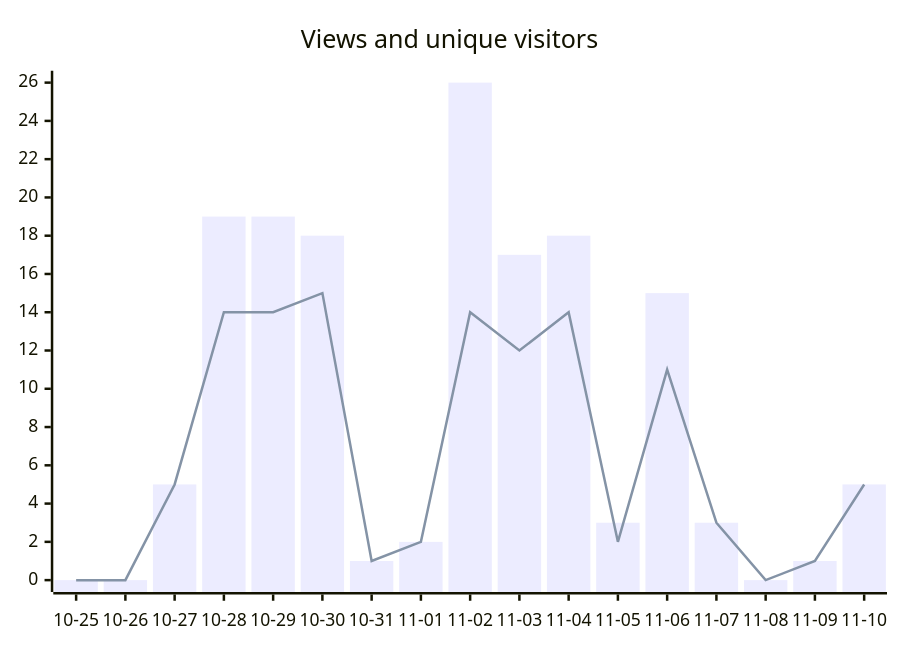
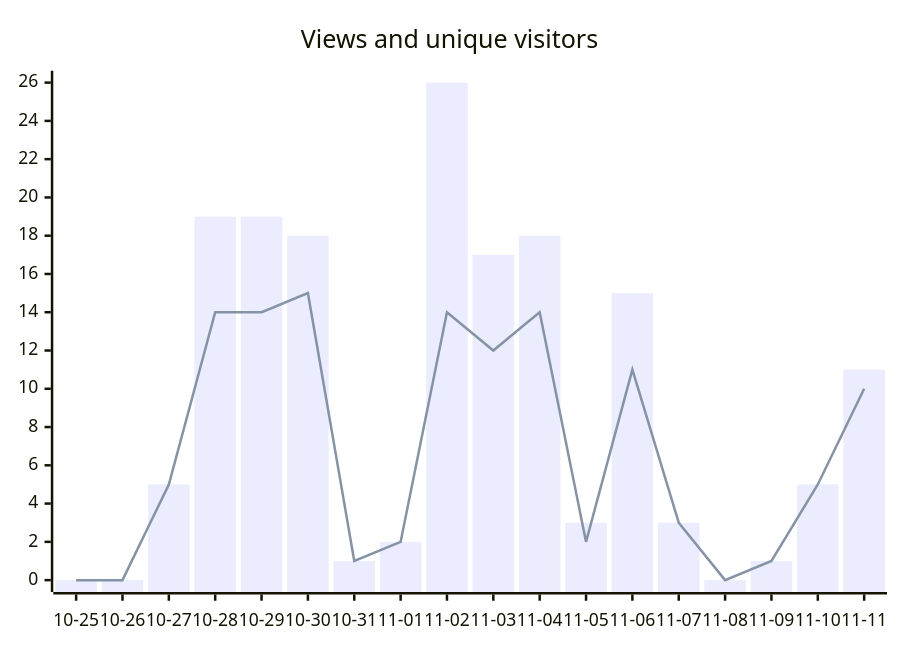
Before and after one commit to fmadore/Kalamu: the second of 2 diagrams in README.md, drawn with Mermaid. The commit also changed other lines of this file and 3 other files, not shown here.

````diff
--- a/README.md
+++ b/README.md
@@ -66,7 +66,7 @@
 ```mermaid
 xychart-beta
     title "Views and unique visitors"
-    x-axis ["10-25", "10-26", "10-27", "10-28", "10-29", "10-30", "10-31", "11-01", "11-02", "11-03", "11-04", "11-05", "11-06", "11-07", "11-08", "11-09", "11-10"]
-    bar [0, 0, 5, 19, 19, 18, 1, 2, 26, 17, 18, 3, 15, 3, 0, 1, 5]
-    line [0, 0, 5, 14, 14, 15, 1, 2, 14, 12, 14, 2, 11, 3, 0, 1, 5]
+    x-axis ["10-25", "10-26", "10-27", "10-28", "10-29", "10-30", "10-31", "11-01", "11-02", "11-03", "11-04", "11-05", "11-06", "11-07", "11-08", "11-09", "11-10", "11-11"]
+    bar [0, 0, 5, 19, 19, 18, 1, 2, 26, 17, 18, 3, 15, 3, 0, 1, 5, 11]
+    line [0, 0, 5, 14, 14, 15, 1, 2, 14, 12, 14, 2, 11, 3, 0, 1, 5, 10]
 ```
````
